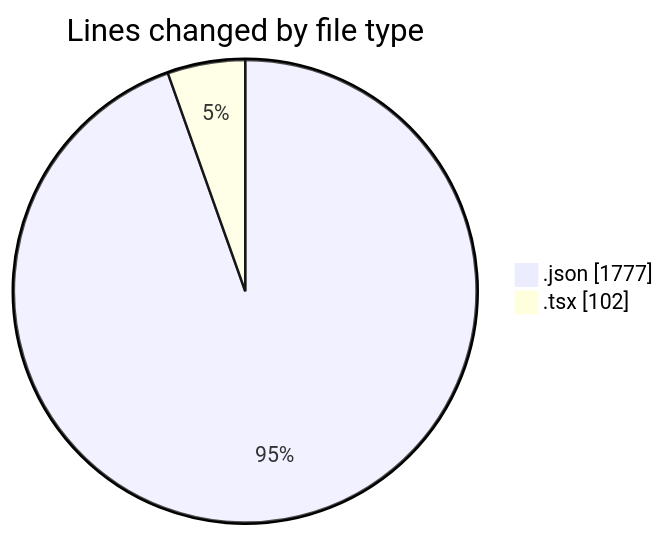
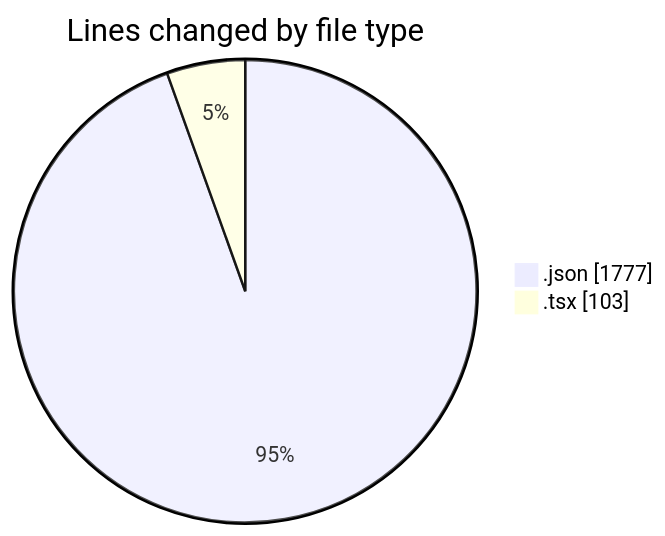
One commit to EIIisD/code-tracking changed the first of 2 diagrams in 2025-08-14/ribbon/README.md. Above: the diagram before and after it, drawn with Mermaid. The commit also changed other lines of this file and 1 other file, not shown here.

````diff
--- a/2025-08-14/ribbon/README.md
+++ b/2025-08-14/ribbon/README.md
@@ -22,6 +22,6 @@
 ```mermaid
 pie showData
 title Lines changed by file type
 ".json" : 1777
-".tsx" : 102
+".tsx" : 103
 ```
````
